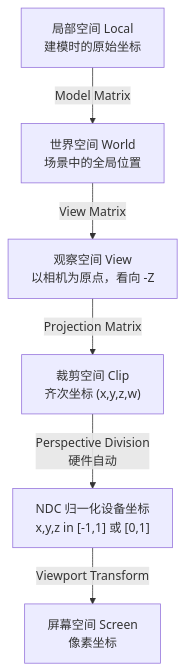
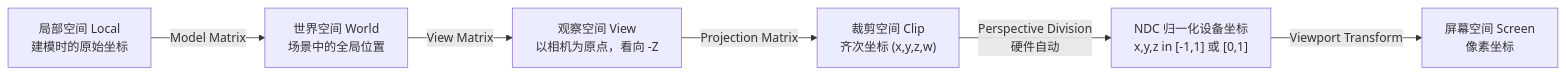
The diagram in 04-观察、投影与裁剪.md (NegaVoayz/CG-Notes), drawn with Mermaid before and after one commit. The commit also changed 3 other files, not shown here.

````diff
--- a/04-观察、投影与裁剪.md
+++ b/04-观察、投影与裁剪.md
@@ -223,8 +223,8 @@
 ```mermaid
-flowchart TD
+flowchart LR
     local["局部空间 Local<br/>建模时的原始坐标"] -->|"Model Matrix"| world["世界空间 World<br/>场景中的全局位置"]
     world -->|"View Matrix"| view["观察空间 View<br/>以相机为原点，看向 -Z"]
     view -->|"Projection Matrix"| clip["裁剪空间 Clip<br/>齐次坐标 (x,y,z,w)"]
     clip -->|"Perspective Division<br/>硬件自动"| ndc["NDC 归一化设备坐标<br/>x,y,z in [-1,1] 或 [0,1]"]
     ndc -->|"Viewport Transform"| screen["屏幕空间 Screen<br/>像素坐标"]
 ```
````
